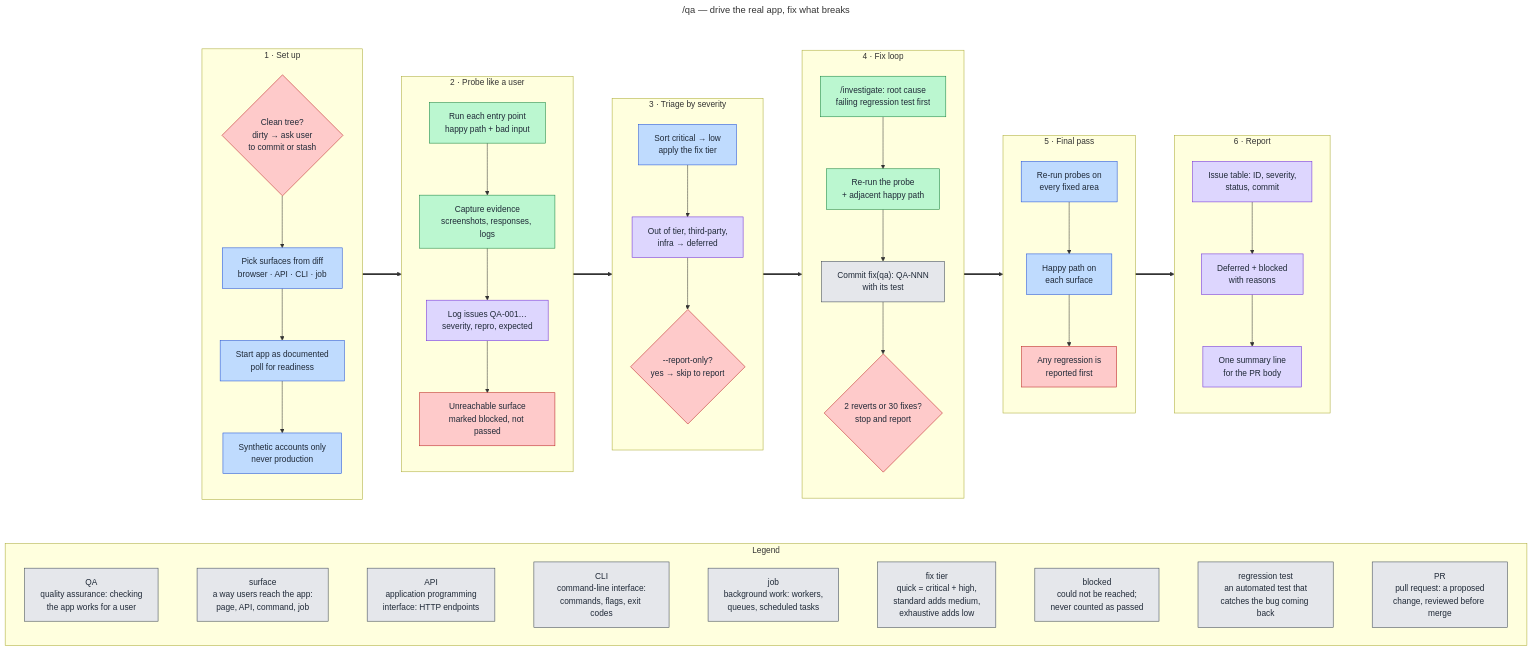
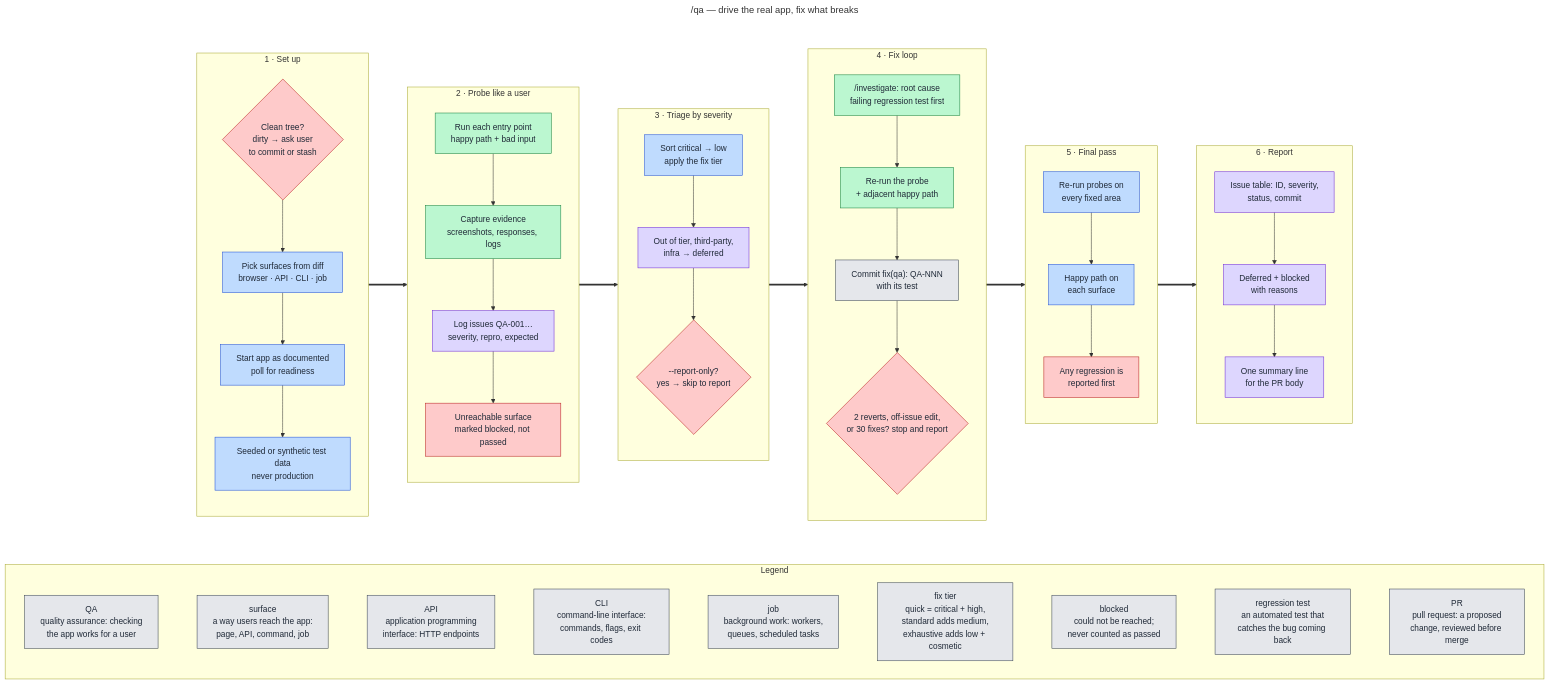
One commit to victusfate/scaffold changed the diagram in docs/diagrams/src/qa.mmd. Above: the diagram before and after it, drawn with Mermaid. The commit also changed 21 other files, not shown here.

First line of the commit message:
docs(diagrams): accuracy fixes from a per-diagram source review

```diff
--- a/docs/diagrams/src/qa.mmd
+++ b/docs/diagrams/src/qa.mmd
@@ -1,87 +1,87 @@
 ---
 title: /qa — drive the real app, fix what breaks
 ---
 flowchart TB
   classDef owner fill:#fde68a,stroke:#b45309,color:#1f2937
   classDef orch fill:#bfdbfe,stroke:#1d4ed8,color:#1f2937
   classDef state fill:#ddd6fe,stroke:#6d28d9,color:#1f2937
   classDef lane fill:#bbf7d0,stroke:#15803d,color:#1f2937
   classDef git fill:#e5e7eb,stroke:#374151,color:#1f2937
   classDef gate fill:#fecaca,stroke:#b91c1c,color:#1f2937
 
   %% Edges run between stage subgraphs (not inner nodes) so each stage keeps
   %% its own top-to-bottom direction and the whole image stays landscape.
 
   subgraph FLOW[" "]
   direction LR
 
   subgraph SETUP["1 · Set up"]
     direction TB
     S1{"Clean tree?<br/>dirty → ask user<br/>to commit or stash"}:::gate
     S2["Pick surfaces from diff<br/>browser · API · CLI · job"]:::orch
     S3["Start app as documented<br/>poll for readiness"]:::orch
-    S4["Synthetic accounts only<br/>never production"]:::orch
+    S4["Seeded or synthetic test data<br/>never production"]:::orch
     S1 --> S2 --> S3 --> S4
   end
 
   subgraph PROBE["2 · Probe like a user"]
     direction TB
     P1["Run each entry point<br/>happy path + bad input"]:::lane
     P2["Capture evidence<br/>screenshots, responses, logs"]:::lane
     P3["Log issues QA-001…<br/>severity, repro, expected"]:::state
     P4["Unreachable surface<br/>marked blocked, not passed"]:::gate
     P1 --> P2 --> P3 --> P4
   end
 
   subgraph TRIAGE["3 · Triage by severity"]
     direction TB
     T1["Sort critical → low<br/>apply the fix tier"]:::orch
     T2["Out of tier, third-party,<br/>infra → deferred"]:::state
     T3{"--report-only?<br/>yes → skip to report"}:::gate
     T1 --> T2 --> T3
   end
 
   subgraph FIX["4 · Fix loop"]
     direction TB
     F1["/investigate: root cause<br/>failing regression test first"]:::lane
     F2["Re-run the probe<br/>+ adjacent happy path"]:::lane
     F3["Commit fix(qa): QA-NNN<br/>with its test"]:::git
-    F4{"2 reverts or 30 fixes?<br/>stop and report"}:::gate
+    F4{"2 reverts, off-issue edit,<br/>or 30 fixes? stop and report"}:::gate
     F1 --> F2 --> F3 --> F4
   end
 
   subgraph FINAL["5 · Final pass"]
     direction TB
     R1["Re-run probes on<br/>every fixed area"]:::orch
     R2["Happy path on<br/>each surface"]:::orch
     R3["Any regression is<br/>reported first"]:::gate
     R1 --> R2 --> R3
   end
 
   subgraph REPORT["6 · Report"]
     direction TB
     Q1["Issue table: ID, severity,<br/>status, commit"]:::state
     Q2["Deferred + blocked<br/>with reasons"]:::state
     Q3["One summary line<br/>for the PR body"]:::state
     Q1 --> Q2 --> Q3
   end
 
   SETUP ==> PROBE ==> TRIAGE ==> FIX ==> FINAL ==> REPORT
   end
   style FLOW fill:none,stroke:none
 
   subgraph LEGEND["Legend"]
     direction LR
     L1["QA<br/>quality assurance: checking<br/>the app works for a user"]:::git
     L2["surface<br/>a way users reach the app:<br/>page, API, command, job"]:::git
     L3["API<br/>application programming<br/>interface: HTTP endpoints"]:::git
     L4["CLI<br/>command-line interface:<br/>commands, flags, exit codes"]:::git
     L5["job<br/>background work: workers,<br/>queues, scheduled tasks"]:::git
-    L6["fix tier<br/>quick = critical + high,<br/>standard adds medium,<br/>exhaustive adds low"]:::git
+    L6["fix tier<br/>quick = critical + high,<br/>standard adds medium,<br/>exhaustive adds low + cosmetic"]:::git
     L7["blocked<br/>could not be reached;<br/>never counted as passed"]:::git
     L8["regression test<br/>an automated test that<br/>catches the bug coming back"]:::git
     L9["PR<br/>pull request: a proposed<br/>change, reviewed before merge"]:::git
     L1 ~~~ L2 ~~~ L3 ~~~ L4 ~~~ L5 ~~~ L6 ~~~ L7 ~~~ L8 ~~~ L9
   end
 
   FLOW ~~~ LEGEND
```
